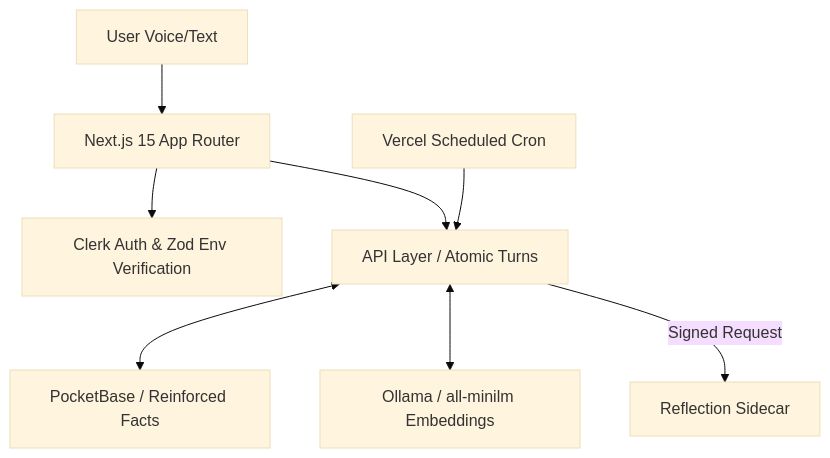
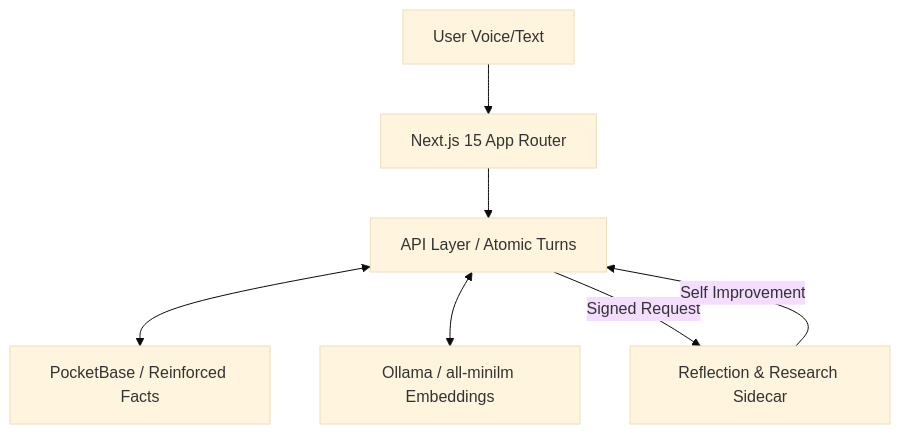
The diagram in README.md (Moeabdelaziz007/digitaltwin-local-agent), drawn with Mermaid (base theme) before and after one commit. The commit also changed other lines of this file, not shown here.

````diff
--- a/README.md
+++ b/README.md
@@ -84,10 +45,9 @@
 ```mermaid
 graph TD
   U[User Voice/Text] --> W[Next.js 15 App Router]
-  W --> C[Clerk Auth & Zod Env Verification]
   W --> A[API Layer / Atomic Turns]
   A <--> P[PocketBase / Reinforced Facts]
   A <--> O[Ollama / all-minilm Embeddings]
-  A -- Signed Request --> S[Reflection Sidecar]
-  V[Vercel Scheduled Cron] --> A
+  A -- Signed Request --> S[Reflection & Research Sidecar]
+  S -- Self Improvement --> A
 ```
````
